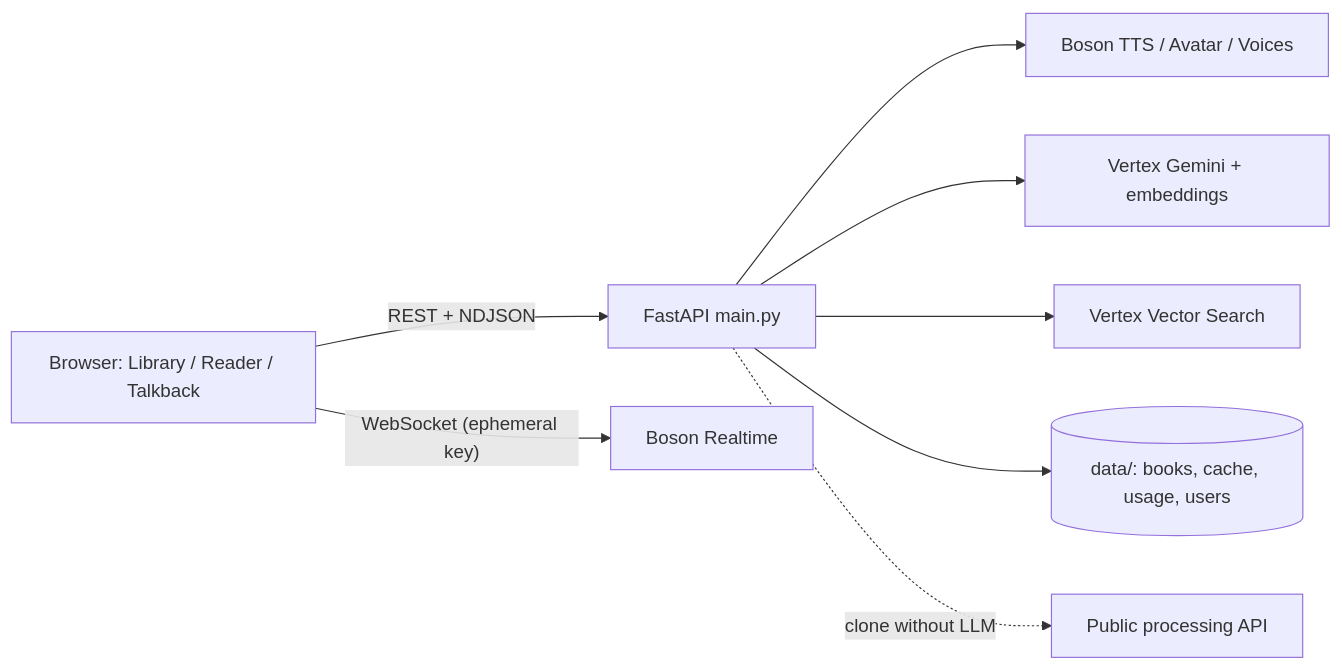
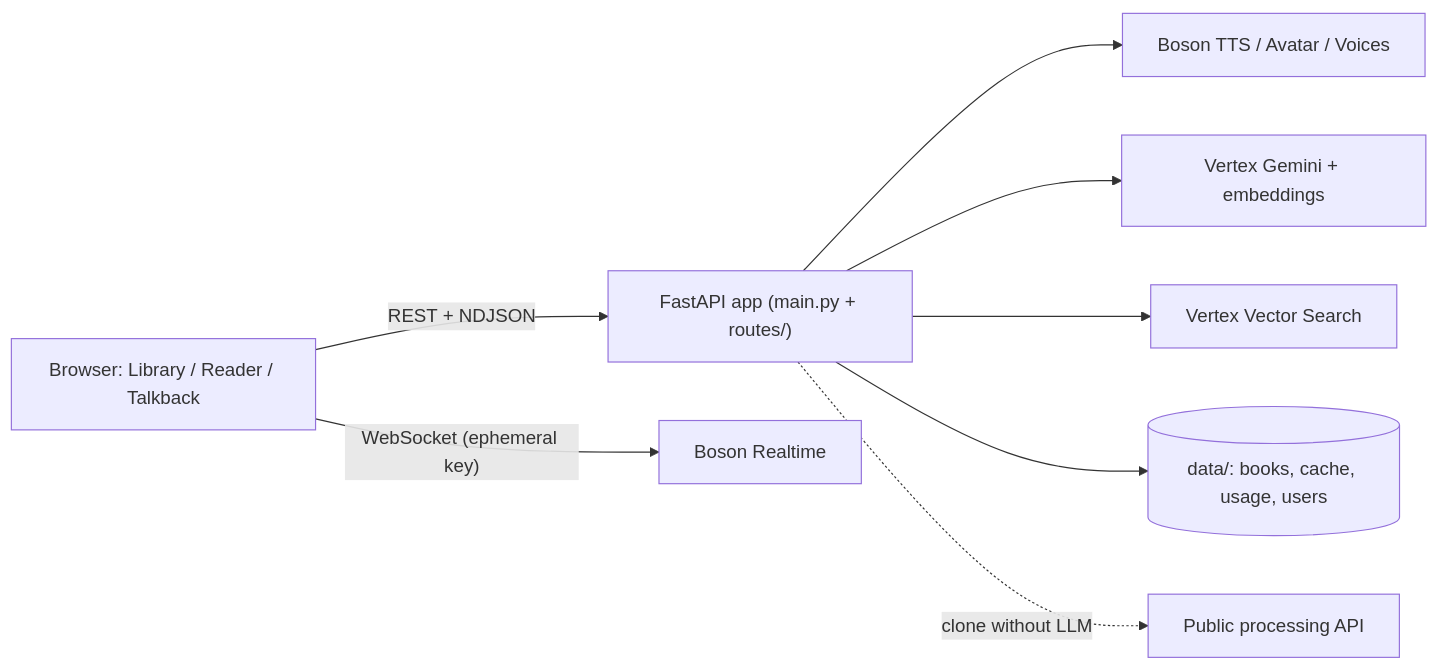
The first of 6 diagrams in docs/HOW-IT-WORKS.md (fredwang1012/talkback), drawn with Mermaid before and after one commit. The commit also changed other lines of this file and 3 other files, not shown here.

````diff
--- a/docs/HOW-IT-WORKS.md
+++ b/docs/HOW-IT-WORKS.md
@@ -40,10 +40,10 @@
 ```mermaid
 flowchart LR
-  B["Browser: Library / Reader / Talkback"] -->|"REST + NDJSON"| S["FastAPI main.py"]
+  B["Browser: Library / Reader / Talkback"] -->|"REST + NDJSON"| S["FastAPI app (main.py + routes/)"]
   B -->|"WebSocket (ephemeral key)"| RT["Boson Realtime"]
   S --> TTS["Boson TTS / Avatar / Voices"]
   S --> G["Vertex Gemini + embeddings"]
   S --> VS["Vertex Vector Search"]
   S --> D[("data/: books, cache, usage, users")]
   S -.->|"clone without LLM"| P["Public processing API"]
 ```
````
